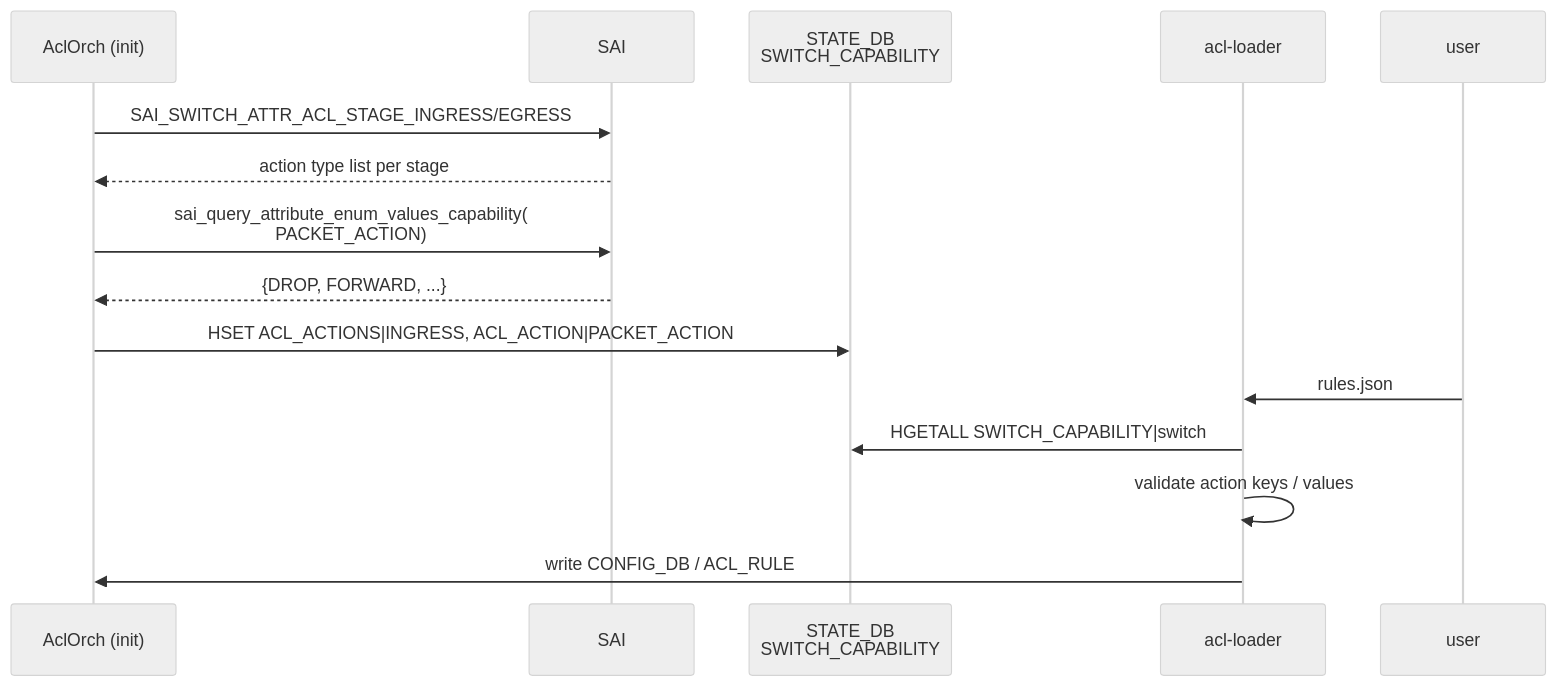
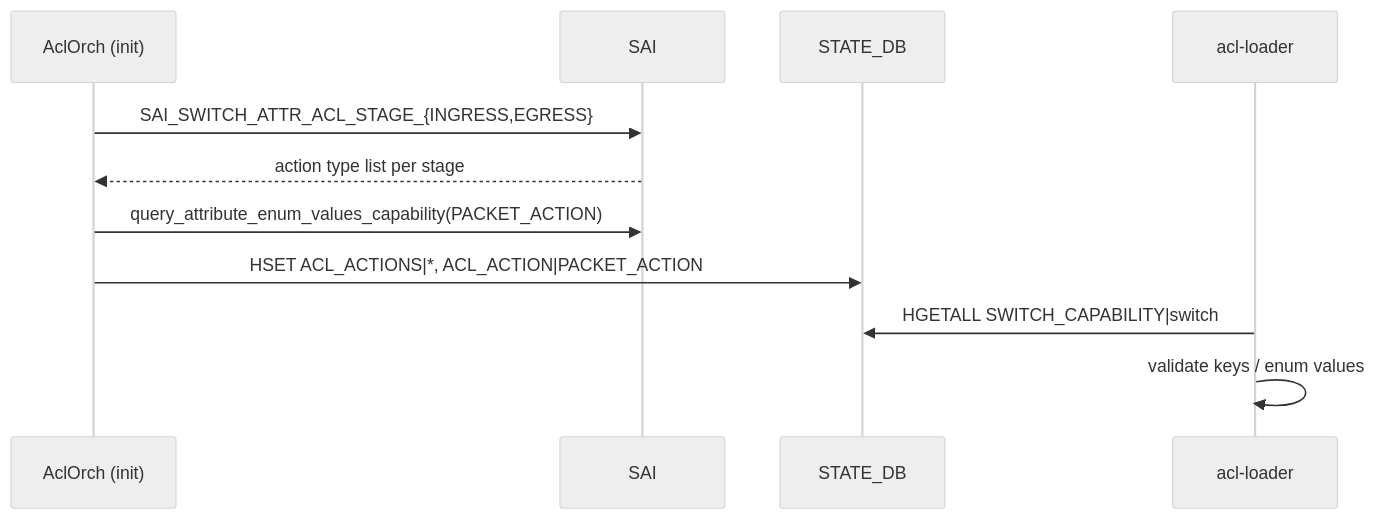
One commit to aoki-taquan/sonic-unofficial-docs changed the diagram in docs/acl-qos/egress-mirroring-support-and-acl-action-capability-check.md. Above: the diagram before and after it, drawn with Mermaid (neutral theme). The commit also changed other lines of this file and 10 other files, not shown here.

````diff
--- a/docs/acl-qos/egress-mirroring-support-and-acl-action-capability-check.md
+++ b/docs/acl-qos/egress-mirroring-support-and-acl-action-capability-check.md
@@ -176,17 +119,13 @@
 ```mermaid
 sequenceDiagram
     participant ACLO as AclOrch (init)
-    participant SAI as SAI
-    participant SDB as STATE_DB<br/>SWITCH_CAPABILITY
+    participant SAI
+    participant SDB as STATE_DB
     participant LOAD as acl-loader
-    participant USER as user
-    ACLO->>SAI: SAI_SWITCH_ATTR_ACL_STAGE_INGRESS/EGRESS
+    ACLO->>SAI: SAI_SWITCH_ATTR_ACL_STAGE_{INGRESS,EGRESS}
     SAI-->>ACLO: action type list per stage
-    ACLO->>SAI: sai_query_attribute_enum_values_capability(<br/>PACKET_ACTION)
-    SAI-->>ACLO: {DROP, FORWARD, ...}
-    ACLO->>SDB: HSET ACL_ACTIONS|INGRESS, ACL_ACTION|PACKET_ACTION
-    USER->>LOAD: rules.json
+    ACLO->>SAI: query_attribute_enum_values_capability(PACKET_ACTION)
+    ACLO->>SDB: HSET ACL_ACTIONS|*, ACL_ACTION|PACKET_ACTION
     LOAD->>SDB: HGETALL SWITCH_CAPABILITY|switch
-    LOAD->>LOAD: validate action keys / values
-    LOAD->>ACLO: write CONFIG_DB / ACL_RULE
+    LOAD->>LOAD: validate keys / enum values
 ```
````
